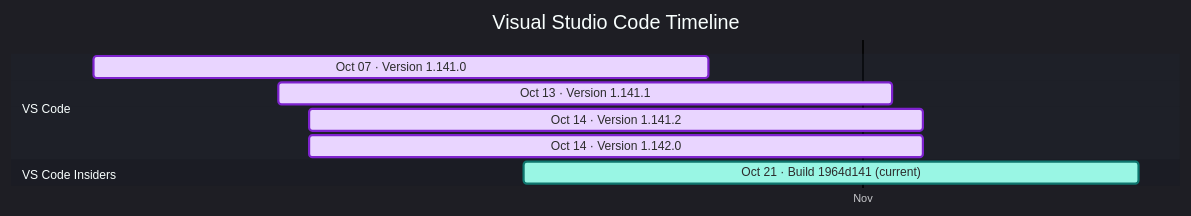
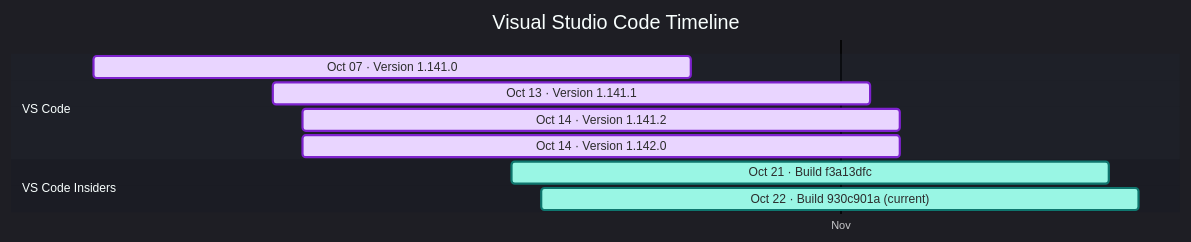
Before and after one commit to Oxelya-DevTools/VisualStudioUpdate: the diagram in docs/vscode.md, drawn with Mermaid. The commit also changed other lines of this file and 1 other file, not shown here.

````diff
--- a/docs/vscode.md
+++ b/docs/vscode.md
@@ -9,15 +9,16 @@
 ```mermaid
 %%{init: {'theme':'dark','themeVariables': { 'fontFamily': 'Segoe UI', 'fontSize': '24px', 'textColor': '#F3F4F6', 'titleTextColor': '#FFFFFF', 'taskTextColor': '#111827', 'taskTextLightColor': '#111827', 'taskTextOutsideColor': '#F3F4F6', 'taskBkgColor': '#BAE6FD', 'taskBorderColor': '#0369A1', 'doneTaskBkgColor': '#E9D5FF', 'doneTaskBorderColor': '#7E22CE', 'activeTaskBkgColor': '#99F6E4', 'activeTaskBorderColor': '#0F766E', 'critTaskBkgColor': '#FED7AA', 'critTaskBorderColor': '#C2410C', 'sectionBkgColor': '#1F2937', 'altSectionBkgColor': '#111827', 'gridColor': '#4B5563', 'todayLineColor': '#F87171' }}}%%
 gantt
     title Visual Studio Code Timeline
     dateFormat  YYYY-MM-DD
     axisFormat  %b
     tickInterval 1month
     section VS Code
     Oct 07 · Version 1.141.0 : done, vscode202610070, 2026-10-07, 20d
     Oct 13 · Version 1.141.1 : done, vscode202610131, 2026-10-13, 20d
     Oct 14 · Version 1.141.2 : done, vscode202610142, 2026-10-14, 20d
     Oct 14 · Version 1.142.0 : done, vscode202610143, 2026-10-14, 20d
     section VS Code Insiders
-    Oct 21 · Build 1964d141 (current) : active, vscodeinsiders202610210, 2026-10-21, 20d
+    Oct 21 · Build f3a13dfc : active, vscodeinsiders202610210, 2026-10-21, 20d
+    Oct 22 · Build 930c901a (current) : active, vscodeinsiders202610221, 2026-10-22, 20d
 ```
````
